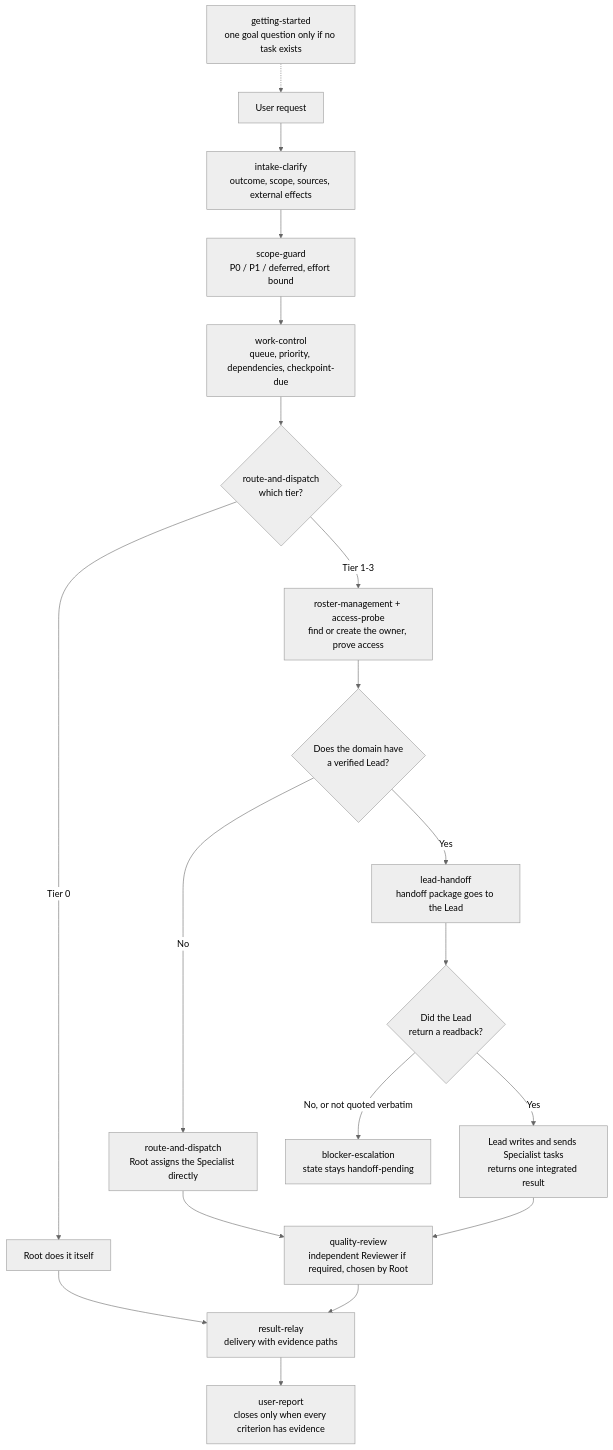
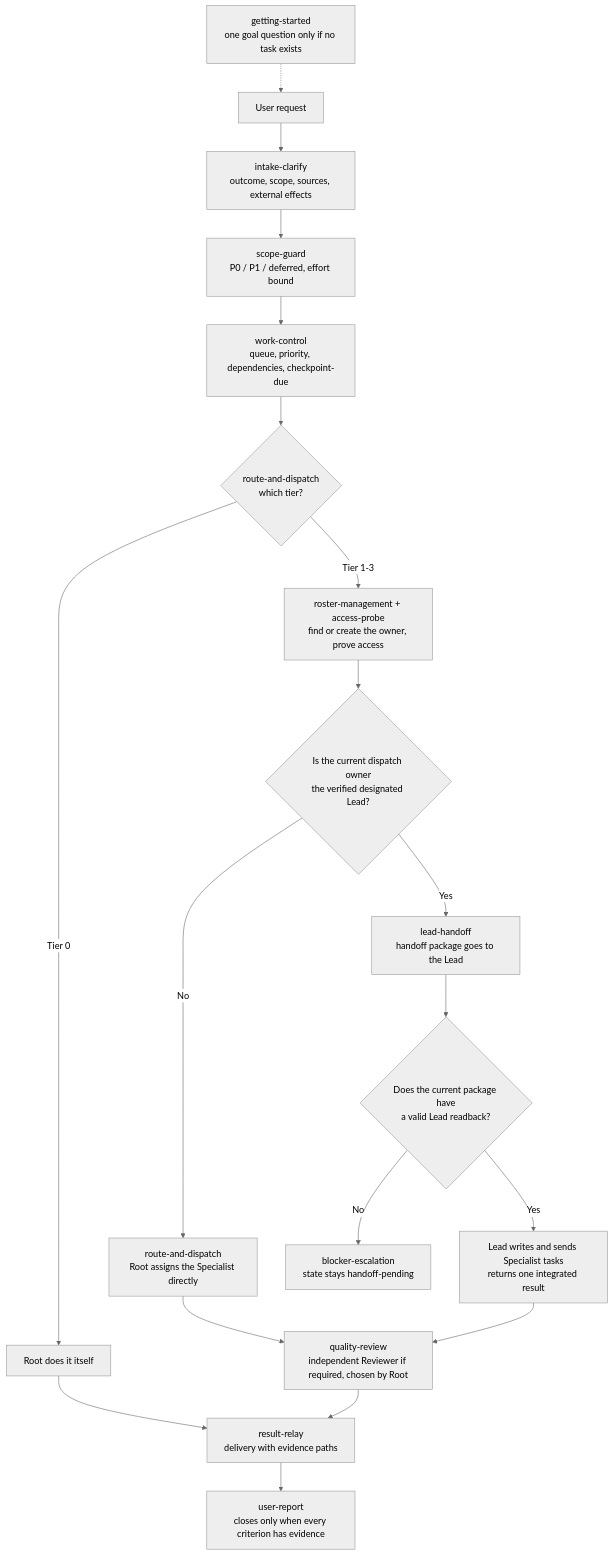
One commit to MrBekoX/root-agent-skill-framework changed the first of 2 diagrams in README.md. Above: the diagram before and after it, drawn with Mermaid (neutral theme). The commit also changed other lines of this file, not shown here.

````diff
--- a/README.md
+++ b/README.md
@@ -32,21 +47,21 @@
 ```mermaid
 flowchart TD
     GS["getting-started<br/>one goal question only if no task exists"] -.-> P
     P["User request"] --> IC["intake-clarify<br/>outcome, scope, sources, external effects"]
     IC --> SG["scope-guard<br/>P0 / P1 / deferred, effort bound"]
     SG --> WC["work-control<br/>queue, priority, dependencies, checkpoint-due"]
     WC --> RD{"route-and-dispatch<br/>which tier?"}
     RD -->|"Tier 0"| T0["Root does it itself"]
     RD -->|"Tier 1-3"| RM["roster-management + access-probe<br/>find or create the owner, prove access"]
-    RM --> HAS{"Does the domain have<br/>a verified Lead?"}
+    RM --> HAS{"Is the current dispatch owner<br/>the verified designated Lead?"}
     HAS -->|"No"| T1["route-and-dispatch<br/>Root assigns the Specialist directly"]
     HAS -->|"Yes"| LH["lead-handoff<br/>handoff package goes to the Lead"]
-    LH --> RB{"Did the Lead<br/>return a readback?"}
-    RB -->|"No, or not quoted verbatim"| BE["blocker-escalation<br/>state stays handoff-pending"]
+    LH --> RB{"Does the current package have<br/>a valid Lead readback?"}
+    RB -->|"No"| BE["blocker-escalation<br/>state stays handoff-pending"]
     RB -->|"Yes"| LM["Lead writes and sends Specialist tasks<br/>returns one integrated result"]
     T1 --> QR["quality-review<br/>independent Reviewer if required, chosen by Root"]
     LM --> QR
     T0 --> RR
     QR --> RR["result-relay<br/>delivery with evidence paths"]
     RR --> UR["user-report<br/>closes only when every criterion has evidence"]
 ```
````
